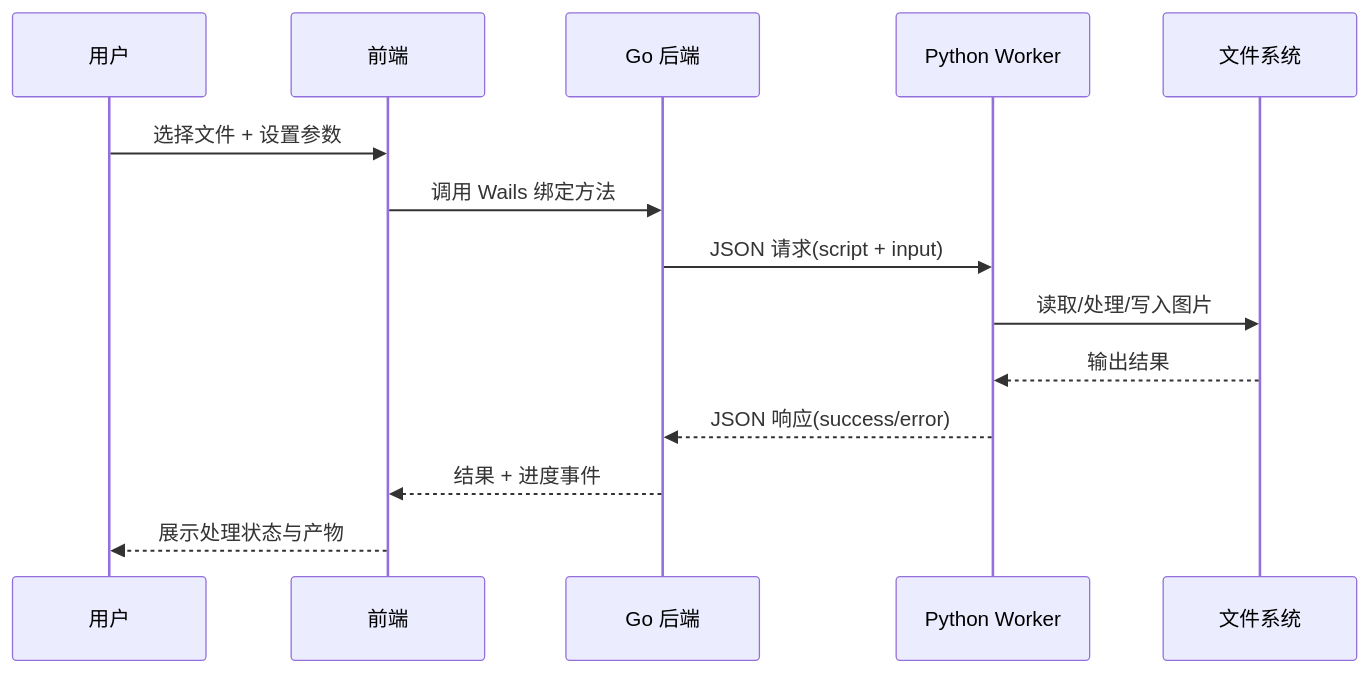
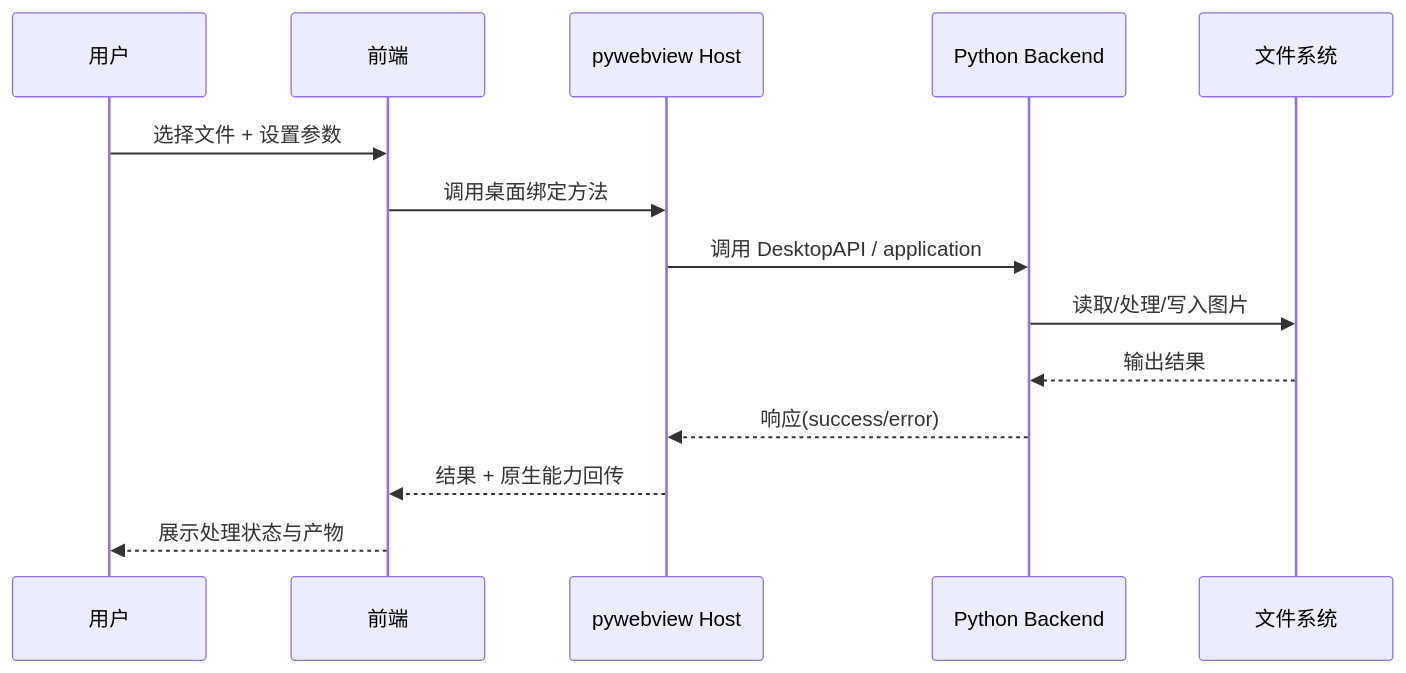
One commit to lllll081926i/Imageflow changed the second of 2 diagrams in README.md. Above: the diagram before and after it, drawn with Mermaid. The commit also changed other lines of this file and 148 other files, not shown here.

````diff
--- a/README.md
+++ b/README.md
@@ -52,17 +54,17 @@
 ```mermaid
 sequenceDiagram
     participant User as 用户
     participant FE as 前端
-    participant Go as Go 后端
-    participant Py as Python Worker
+    participant Host as pywebview Host
+    participant Py as Python Backend
     participant FS as 文件系统
 
     User->>FE: 选择文件 + 设置参数
-    FE->>Go: 调用 Wails 绑定方法
-    Go->>Py: JSON 请求(script + input)
+    FE->>Host: 调用桌面绑定方法
+    Host->>Py: 调用 DesktopAPI / application
     Py->>FS: 读取/处理/写入图片
     FS-->>Py: 输出结果
-    Py-->>Go: JSON 响应(success/error)
-    Go-->>FE: 结果 + 进度事件
+    Py-->>Host: 响应(success/error)
+    Host-->>FE: 结果 + 原生能力回传
     FE-->>User: 展示处理状态与产物
 ```
````
